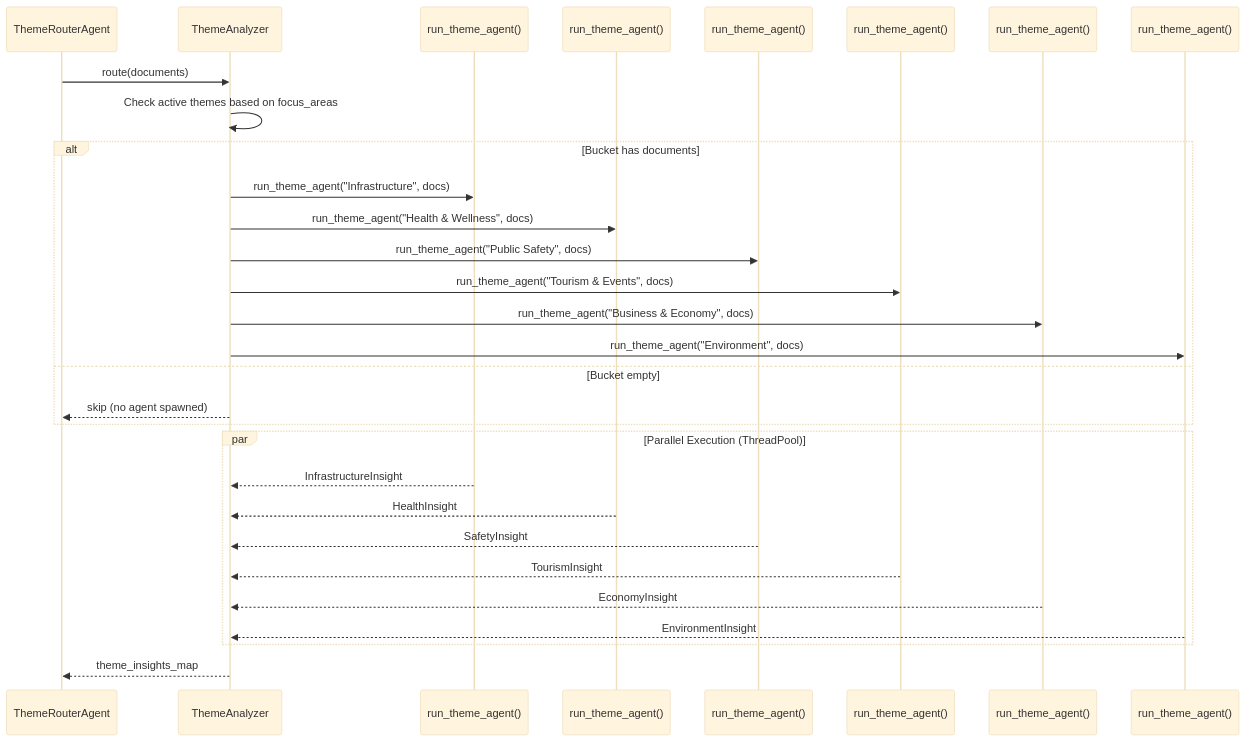
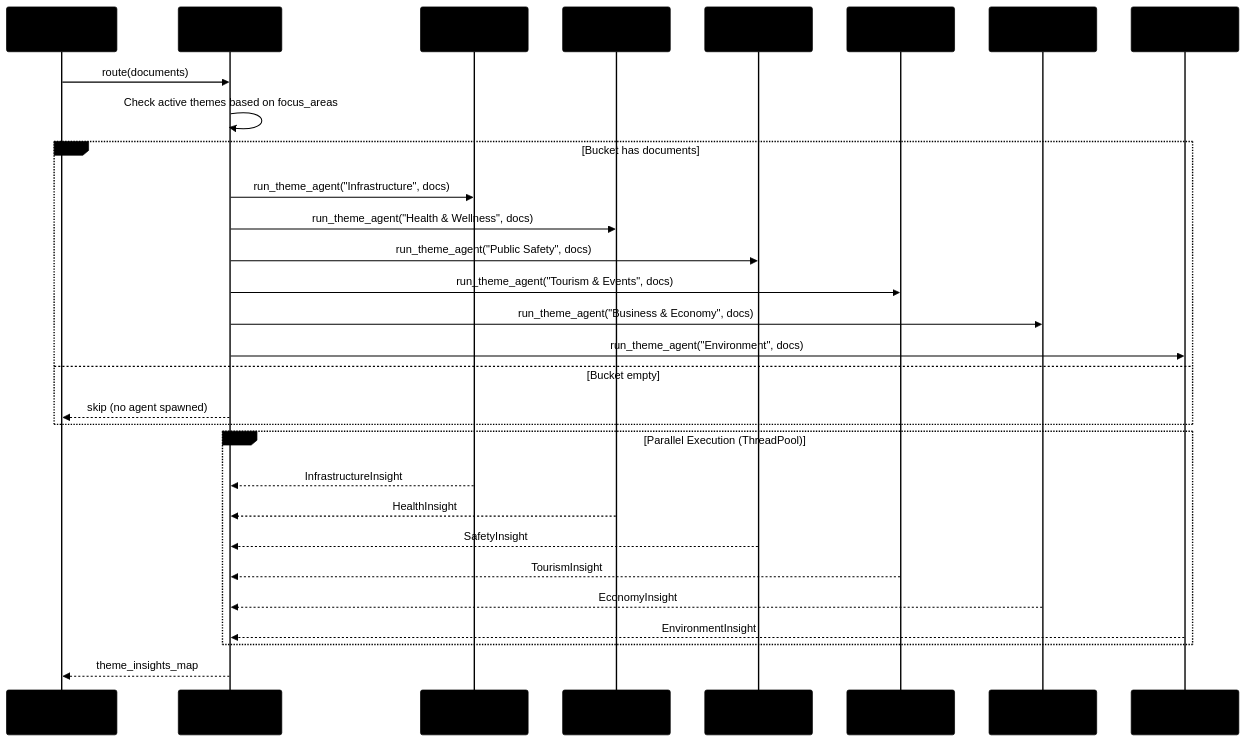
One commit to donyelqt/Hinaing changed the seventh of 8 diagrams in docs/ARCHITECTURE.md. Above: the diagram before and after it, drawn with Mermaid. The commit also changed other lines of this file, not shown here.

First line of the commit message:
docs(architecture): add explicit color theme configurations to Mermaid diagrams

````diff
--- a/docs/ARCHITECTURE.md
+++ b/docs/ARCHITECTURE.md
@@ -555,40 +582,43 @@
 ```mermaid
 %%{init: {'theme': 'base', 'themeVariables': {
+  'primaryColor': '#000000',
+  'primaryTextColor': '#000000',
+  'secondaryColor': '#000000',
   'primaryFontSize': '13px',
   'secondaryFontSize': '11px'
  }}}%%
 sequenceDiagram
     participant TR as ThemeRouterAgent
     participant TA as ThemeAnalyzer
     participant INFRA as run_theme_agent()
     participant HEALTH as run_theme_agent()
     participant SAFETY as run_theme_agent()
     participant TOURISM as run_theme_agent()
     participant ECONOMY as run_theme_agent()
     participant ENV as run_theme_agent()
 
     TR->>TA: route(documents)
     TA->>TA: Check active themes based on focus_areas
 
     alt Bucket has documents
         TA->>INFRA: run_theme_agent("Infrastructure", docs)
         TA->>HEALTH: run_theme_agent("Health & Wellness", docs)
         TA->>SAFETY: run_theme_agent("Public Safety", docs)
         TA->>TOURISM: run_theme_agent("Tourism & Events", docs)
         TA->>ECONOMY: run_theme_agent("Business & Economy", docs)
         TA->>ENV: run_theme_agent("Environment", docs)
     else Bucket empty
         TA-->>TR: skip (no agent spawned)
     end
 
     par Parallel Execution (ThreadPool)
         INFRA-->>TA: InfrastructureInsight
         HEALTH-->>TA: HealthInsight
         SAFETY-->>TA: SafetyInsight
         TOURISM-->>TA: TourismInsight
         ECONOMY-->>TA: EconomyInsight
         ENV-->>TA: EnvironmentInsight
     end
 
     TA-->>TR: theme_insights_map
 ```
````
